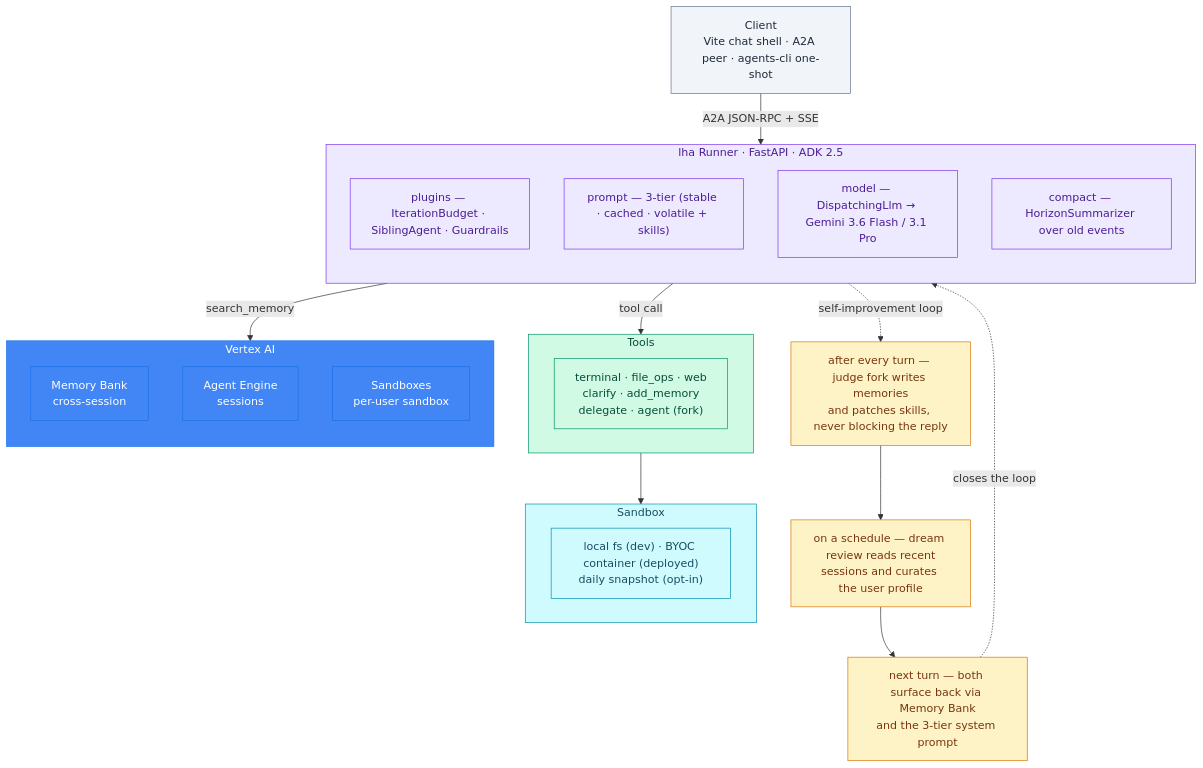
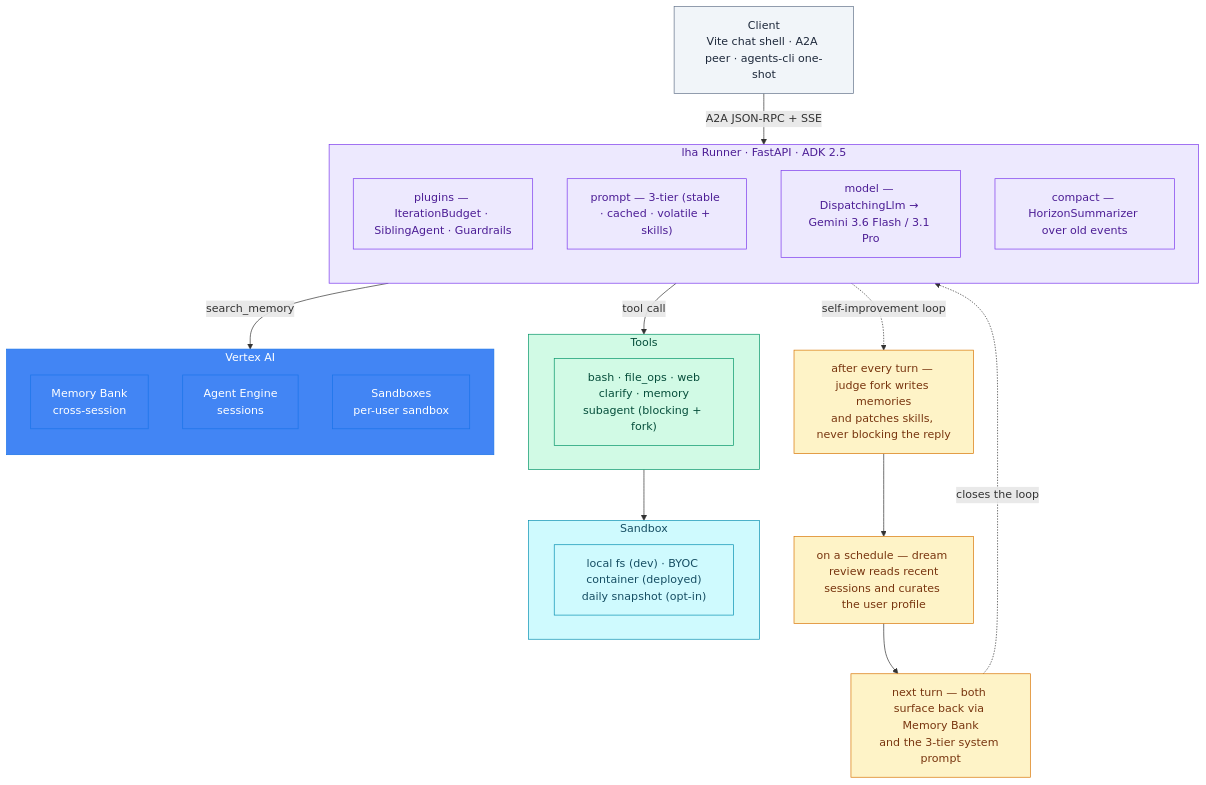
Before and after one commit to google/adk-samples: the first of 2 diagrams in core/python/long-horizon-harness/docs/architecture.md, drawn with Mermaid. The commit also changed other lines of this file and 187 other files, not shown here.

````diff
--- a/core/python/long-horizon-harness/docs/architecture.md
+++ b/core/python/long-horizon-harness/docs/architecture.md
@@ -17,55 +17,55 @@
 ```mermaid
 flowchart TB
     Client["Client<br/>Vite chat shell · A2A peer · agents-cli one-shot"]
 
     subgraph Runner["lha Runner · FastAPI · ADK 2.5"]
         direction TB
         Plugins["plugins — IterationBudget · SiblingAgent · Guardrails"]
         Prompt["prompt — 3-tier (stable · cached · volatile + skills)"]
         Model["model — DispatchingLlm → Gemini 3.6 Flash / 3.1 Pro"]
         Compact["compact — HorizonSummarizer over old events"]
     end
 
     subgraph Tools["Tools"]
-        ToolList["terminal · file_ops · web<br/>clarify · add_memory<br/>delegate · agent (fork)"]
+        ToolList["bash · file_ops · web<br/>clarify · memory<br/>subagent (blocking + fork)"]
     end
 
     subgraph Vertex["Vertex AI"]
         direction TB
         MemoryBank["Memory Bank<br/>cross-session"]
         AgentEngine["Agent Engine<br/>sessions"]
         AgentRuntime["Sandboxes<br/>per-user sandbox"]
     end
 
     subgraph Sandbox["Sandbox"]
         SandboxDetail["local fs (dev) · BYOC container (deployed)<br/>daily snapshot (opt-in)"]
     end
 
     Client -->|"A2A JSON-RPC + SSE"| Runner
     Runner -->|"tool call"| Tools
     Runner -->|"search_memory"| Vertex
     Tools --> Sandbox
 
     Judge["after every turn — judge fork writes memories<br/>and patches skills, never blocking the reply"]
     Dream["on a schedule — dream review reads recent<br/>sessions and curates the user profile"]
     Surface["next turn — both surface back via Memory Bank<br/>and the 3-tier system prompt"]
 
     Runner -.->|"self-improvement loop"| Judge
     Judge --> Dream
     Dream --> Surface
     Surface -.->|"closes the loop"| Runner
 
     classDef gcp fill:#4285F4,stroke:#1a73e8,color:#ffffff;
     classDef lha fill:#ede9fe,stroke:#7c3aed,color:#4c1d95;
     classDef tools fill:#d1fae5,stroke:#059669,color:#064e3b;
     classDef client fill:#f1f5f9,stroke:#64748b,color:#1e293b;
     classDef sandbox fill:#cffafe,stroke:#0891b2,color:#164e63;
     classDef loop fill:#fef3c7,stroke:#d97706,color:#78350f;
 
     class Client client;
     class Runner,Plugins,Prompt,Model,Compact lha;
     class Tools,ToolList tools;
     class Vertex,MemoryBank,AgentEngine,AgentRuntime gcp;
     class Sandbox,SandboxDetail sandbox;
     class Judge,Dream,Surface loop;
 ```
````
